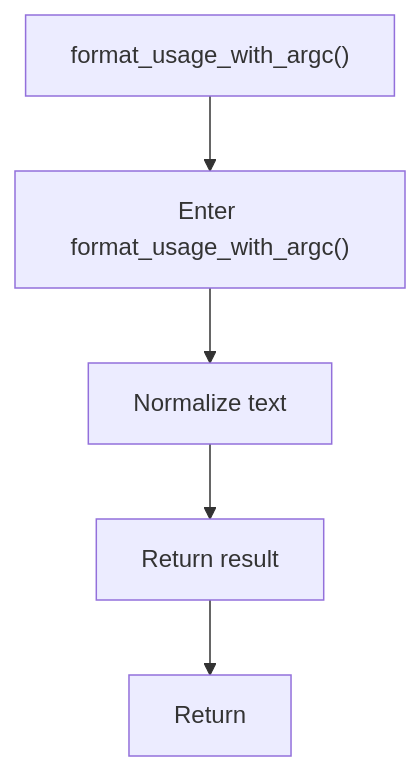
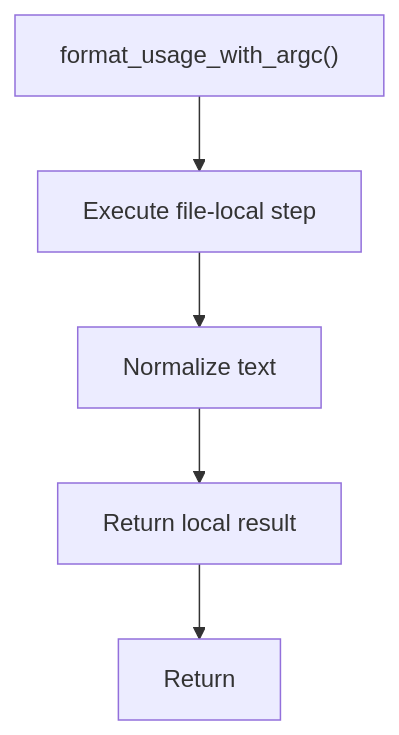
One commit to JohnAndrewBalbarosa/NeoTerritory changed the fifth of 6 diagrams in docs/Codebase/Microservice/Modules/Source/Analysis/Input/cli_arguments.cpp.md. Above: the diagram before and after it, drawn with Mermaid. The commit also changed other lines of this file and 925 other files, not shown here.

````diff
--- a/docs/Codebase/Microservice/Modules/Source/Analysis/Input/cli_arguments.cpp.md
+++ b/docs/Codebase/Microservice/Modules/Source/Analysis/Input/cli_arguments.cpp.md
@@ -158,12 +157,12 @@
 ```mermaid
 flowchart TD
     Start["format_usage_with_argc()"]
-    N0["Enter format_usage_with_argc()"]
+    N0["Execute file-local step"]
     N1["Normalize text"]
-    N2["Return result"]
+    N2["Return local result"]
     End["Return"]
     Start --> N0
     N0 --> N1
     N1 --> N2
     N2 --> End
 ```
````
